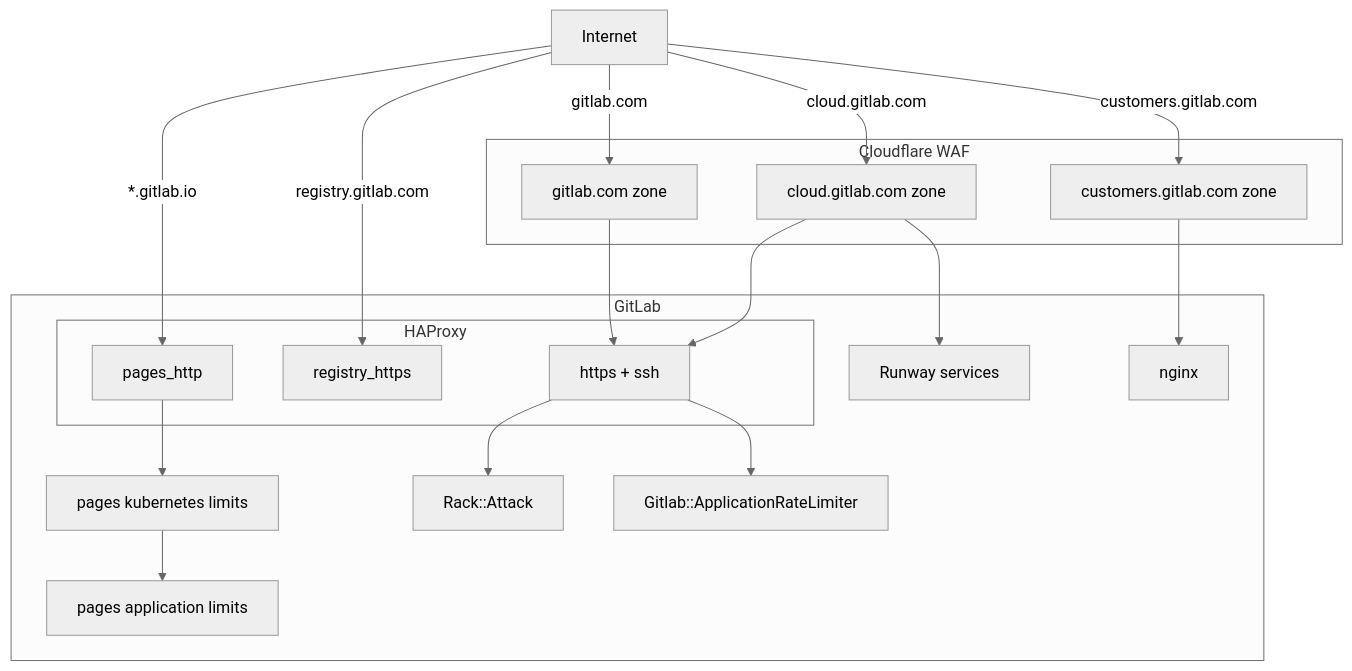
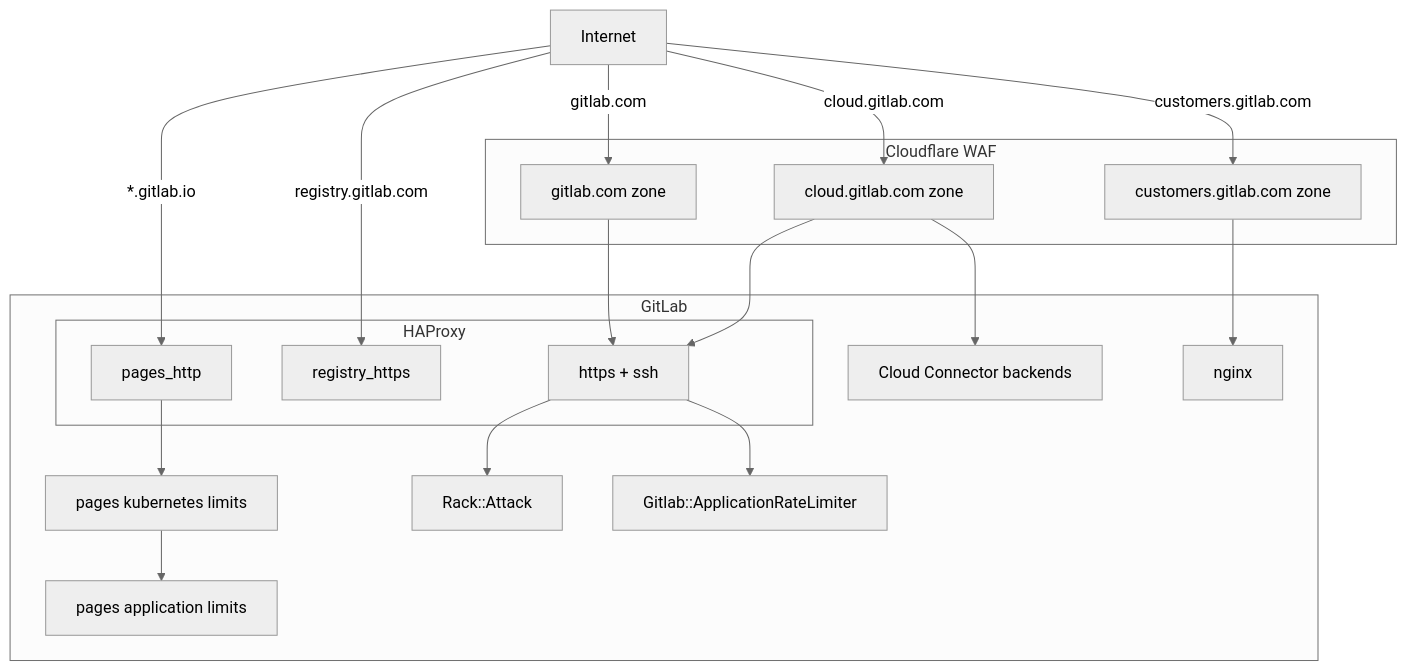
The diagram in content/handbook/engineering/infrastructure/rate-limiting/_index.md (moliver28/research-handbook), drawn with Mermaid (neutral theme) before and after one commit.

Commit message:
Rename Runway to CC backends

````diff
--- a/content/handbook/engineering/infrastructure/rate-limiting/_index.md
+++ b/content/handbook/engineering/infrastructure/rate-limiting/_index.md
@@ -20,34 +20,34 @@
 ```mermaid
 flowchart TD
     A[Internet]
     A -->|gitlab.com| D(Cloudflare WAF)
     A -->|cloud.gitlab.com| E
     A -->|customers.gitlab.com| F
     subgraph ide3 [Cloudflare WAF]
         D[gitlab.com zone]
         E[cloud.gitlab.com zone]
         F[customers.gitlab.com zone]
     end
     A -->|*.gitlab.io| C
     A -->|registry.gitlab.com| N
     D --> G
     E --> G
     E --> L
     F --> H
     subgraph ide2 [GitLab]
         subgraph ide1 [HAProxy]
             C[pages_http]
             N[registry_https]
             G[https + ssh]
         end
         C --> K
-        L[Runway services]
+        L[Cloud Connector backends]
         H[nginx]
         K[pages kubernetes limits]
         K-->M[pages application limits]
         I[Rack::Attack]
         J[Gitlab::ApplicationRateLimiter]
     end
     G --> I
     G --> J
 ```
````
